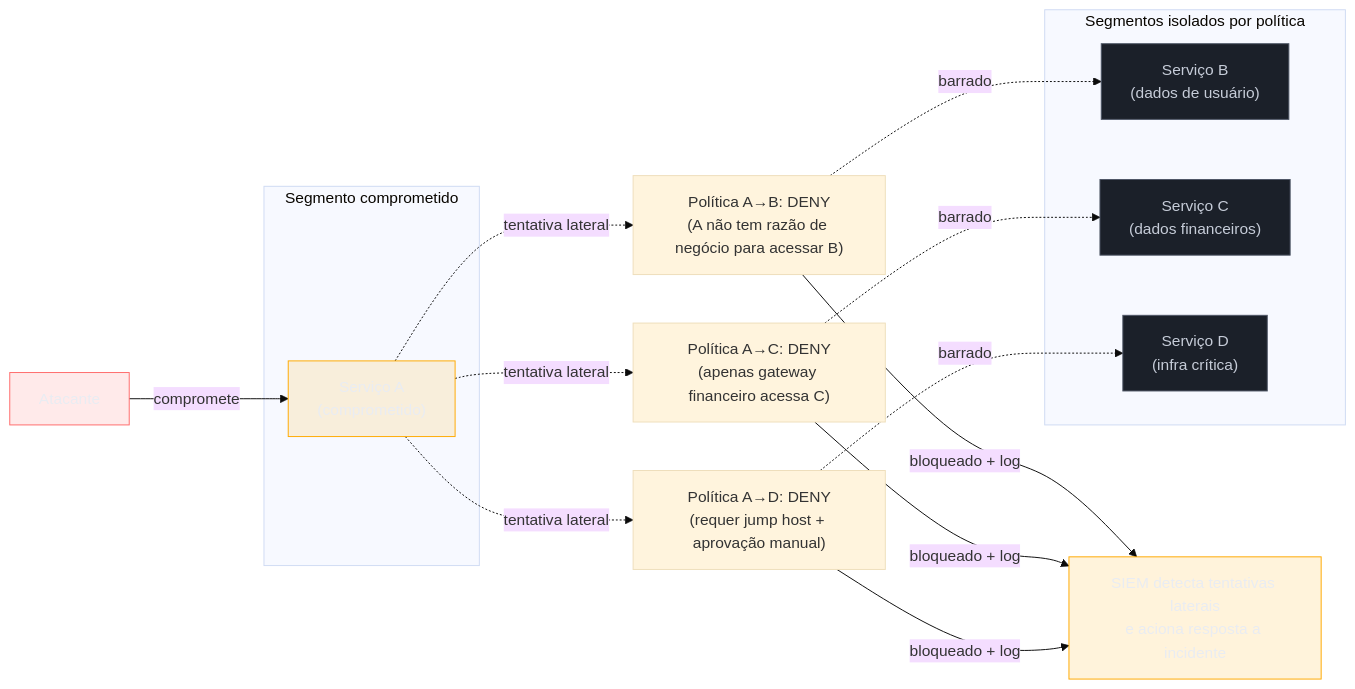
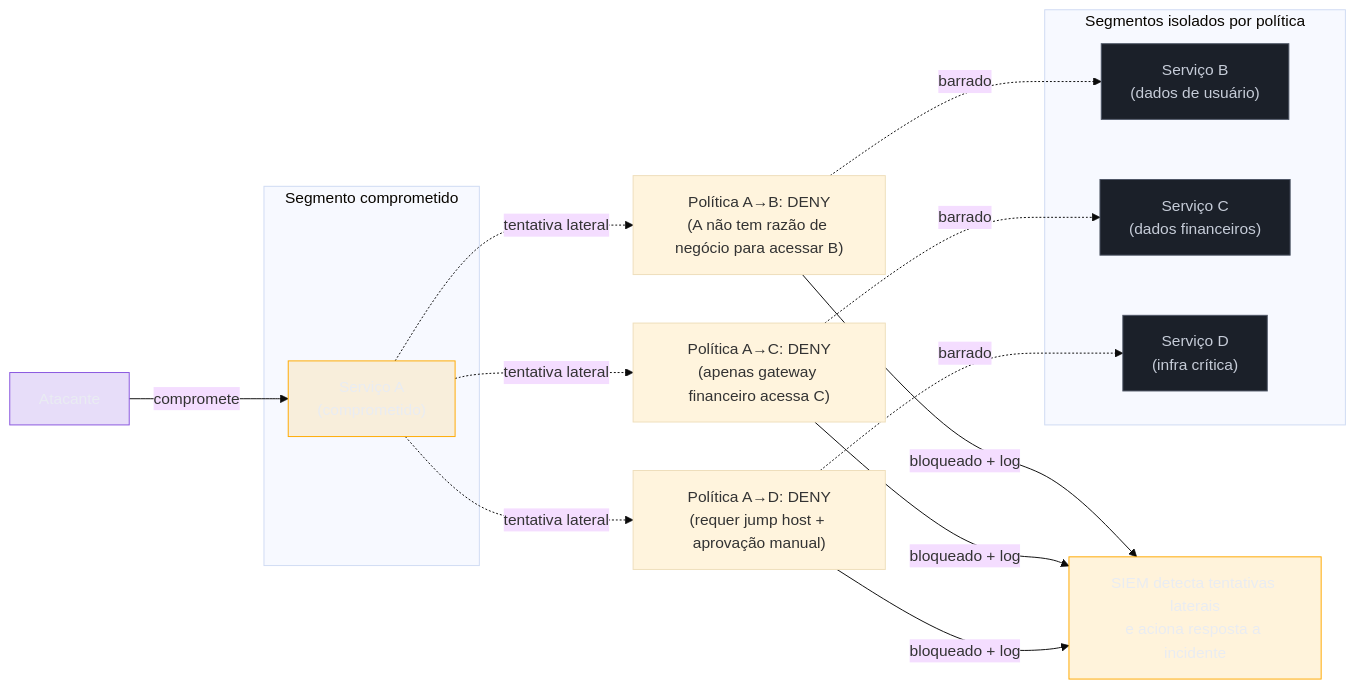
Before and after one commit to josenaldo/codex-technomanticus: the fifth of 5 diagrams in 03-Dominios/Engenharia/Segurança/19 - Zero trust e defesa em profundidade.md, drawn with Mermaid (base theme). The commit also changed other lines of this file and 601 other files, not shown here.

````diff
--- a/03-Dominios/Engenharia/Segurança/19 - Zero trust e defesa em profundidade.md
+++ b/03-Dominios/Engenharia/Segurança/19 - Zero trust e defesa em profundidade.md
@@ -219,40 +219,40 @@
 ```mermaid
 graph LR
-    classDef falha fill:#FF6B6B24,stroke:#FF6B6B,color:#E9ECF2
+    classDef marca fill:#8855DF33,stroke:#8855DF,color:#E9ECF2
     classDef destaque fill:#FFAA0024,stroke:#FFAA00,color:#E9ECF2
     classDef neutro fill:#1B2029,stroke:#4E5666,color:#C6CCD8
     ATK["Atacante"]
 
     subgraph COMPROMETIDO["Segmento comprometido"]
         SEG_A["Serviço A<br/>(comprometido)"]
     end
 
     subgraph ISOLADOS["Segmentos isolados por política"]
         SEG_B["Serviço B<br/>(dados de usuário)"]
         SEG_C["Serviço C<br/>(dados financeiros)"]
         SEG_D["Serviço D<br/>(infra crítica)"]
     end
 
     POL_AB["Política A→B: DENY<br/>(A não tem razão de negócio para acessar B)"]
     POL_AC["Política A→C: DENY<br/>(apenas gateway financeiro acessa C)"]
     POL_AD["Política A→D: DENY<br/>(requer jump host + aprovação manual)"]
     LOG["SIEM detecta tentativas laterais<br/>e aciona resposta a incidente"]
 
     ATK -->|"compromete"| SEG_A
     SEG_A -.->|"tentativa lateral"| POL_AB
     SEG_A -.->|"tentativa lateral"| POL_AC
     SEG_A -.->|"tentativa lateral"| POL_AD
     POL_AB -->|"bloqueado + log"| LOG
     POL_AC -->|"bloqueado + log"| LOG
     POL_AD -->|"bloqueado + log"| LOG
     POL_AB -.->|"barrado"| SEG_B
     POL_AC -.->|"barrado"| SEG_C
     POL_AD -.->|"barrado"| SEG_D
 
-    class ATK falha
+    class ATK marca
     class SEG_A destaque
     class SEG_B neutro
     class SEG_C neutro
     class SEG_D neutro
     class LOG destaque
 ```
````
